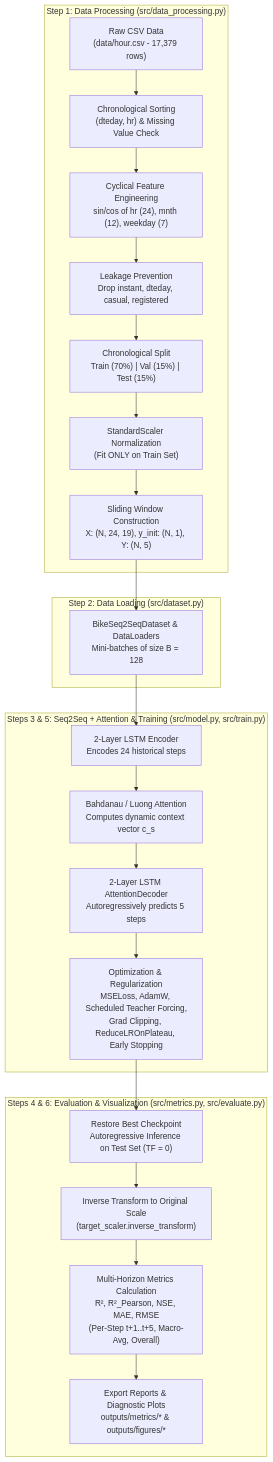
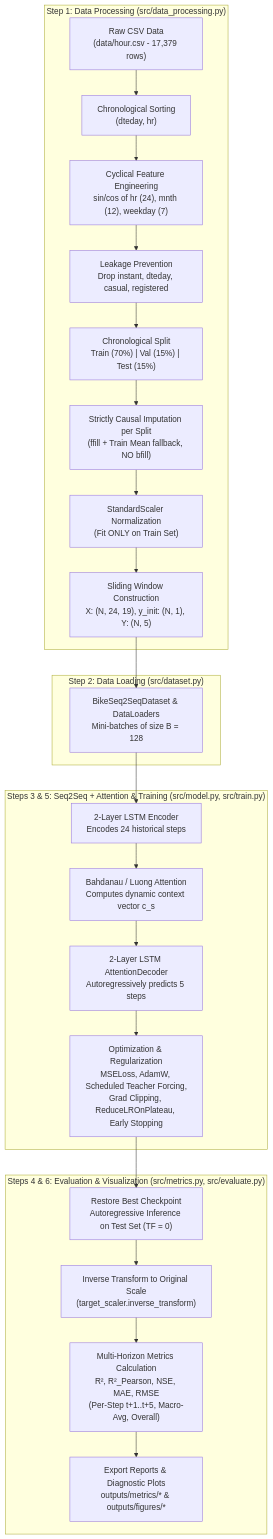
One commit to lfcbsk/bike-sharing-forecast changed the first of 3 diagrams in README.md. Above: the diagram before and after it, drawn with Mermaid. The commit also changed 1 other file, not shown here.

Commit message:
fix data processing pipeline for imputation

````diff
--- a/README.md
+++ b/README.md
@@ -63,29 +63,30 @@
 ```mermaid
 flowchart TD
     subgraph Step1["Step 1: Data Processing (src/data_processing.py)"]
-        A["Raw CSV Data<br/>(data/hour.csv - 17,379 rows)"] --> B["Chronological Sorting<br/>(dteday, hr) & Missing Value Check"]
+        A["Raw CSV Data<br/>(data/hour.csv - 17,379 rows)"] --> B["Chronological Sorting<br/>(dteday, hr)"]
         B --> C["Cyclical Feature Engineering<br/>sin/cos of hr (24), mnth (12), weekday (7)"]
         C --> D["Leakage Prevention<br/>Drop instant, dteday, casual, registered"]
         D --> E["Chronological Split<br/>Train (70%) | Val (15%) | Test (15%)"]
-        E --> F["StandardScaler Normalization<br/>(Fit ONLY on Train Set)"]
+        E --> E2["Strictly Causal Imputation per Split<br/>(ffill + Train Mean fallback, NO bfill)"]
+        E2 --> F["StandardScaler Normalization<br/>(Fit ONLY on Train Set)"]
         F --> G["Sliding Window Construction<br/>X: (N, 24, 19), y_init: (N, 1), Y: (N, 5)"]
     end
 
     subgraph Step2["Step 2: Data Loading (src/dataset.py)"]
         G --> H["BikeSeq2SeqDataset & DataLoaders<br/>Mini-batches of size B = 128"]
     end
 
     subgraph Step3_5["Steps 3 & 5: Seq2Seq + Attention & Training (src/model.py, src/train.py)"]
         H --> I["2-Layer LSTM Encoder<br/>Encodes 24 historical steps"]
         I --> J["Bahdanau / Luong Attention<br/>Computes dynamic context vector c_s"]
         J --> K["2-Layer LSTM AttentionDecoder<br/>Autoregressively predicts 5 steps"]
         K --> L["Optimization & Regularization<br/>MSELoss, AdamW, Scheduled Teacher Forcing,<br/>Grad Clipping, ReduceLROnPlateau, Early Stopping"]
     end
 
     subgraph Step4_6["Steps 4 & 6: Evaluation & Visualization (src/metrics.py, src/evaluate.py)"]
         L --> M["Restore Best Checkpoint<br/>Autoregressive Inference on Test Set (TF = 0)"]
         M --> N["Inverse Transform to Original Scale<br/>(target_scaler.inverse_transform)"]
         N --> O["Multi-Horizon Metrics Calculation<br/>R², R²_Pearson, NSE, MAE, RMSE<br/>(Per-Step t+1..t+5, Macro-Avg, Overall)"]
         O --> P["Export Reports & Diagnostic Plots<br/>outputs/metrics/* & outputs/figures/*"]
     end
 ```
````
